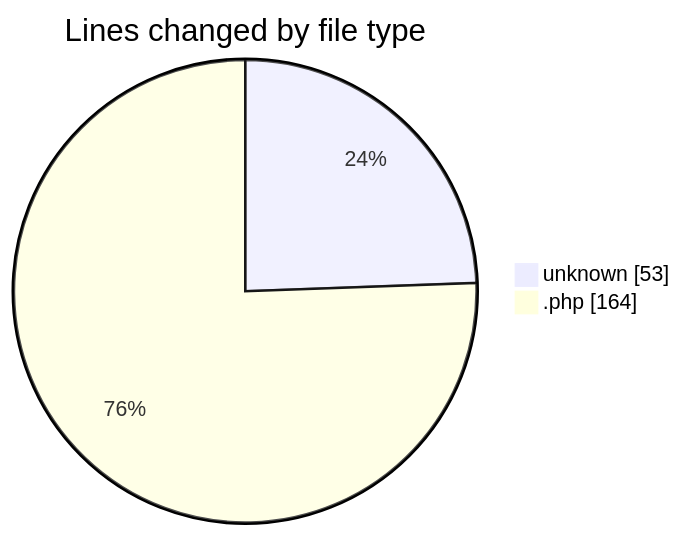
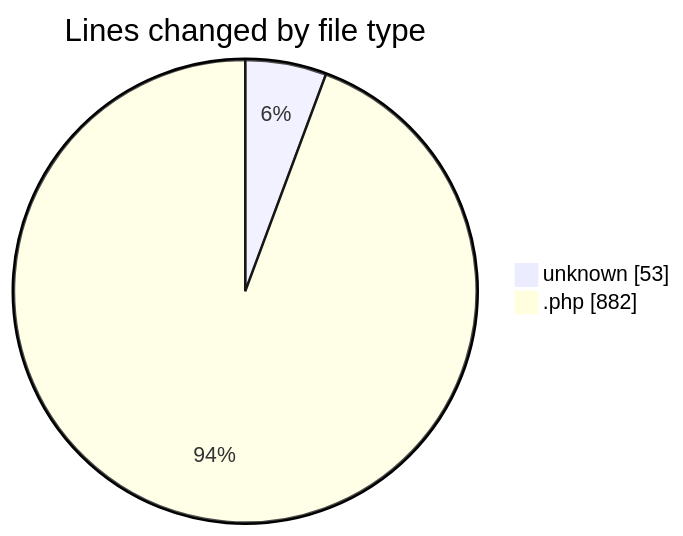
One commit to lephambinh05/code-tracking changed the first of 2 diagrams in 2025-07-11/shopaccv1/README.md. Above: the diagram before and after it, drawn with Mermaid. The commit also changed other lines of this file and 1 other file, not shown here.

````diff
--- a/2025-07-11/shopaccv1/README.md
+++ b/2025-07-11/shopaccv1/README.md
@@ -23,6 +41,6 @@
 ```mermaid
 pie showData
 title Lines changed by file type
 "unknown" : 53
-".php" : 164
+".php" : 882
 ```
````
